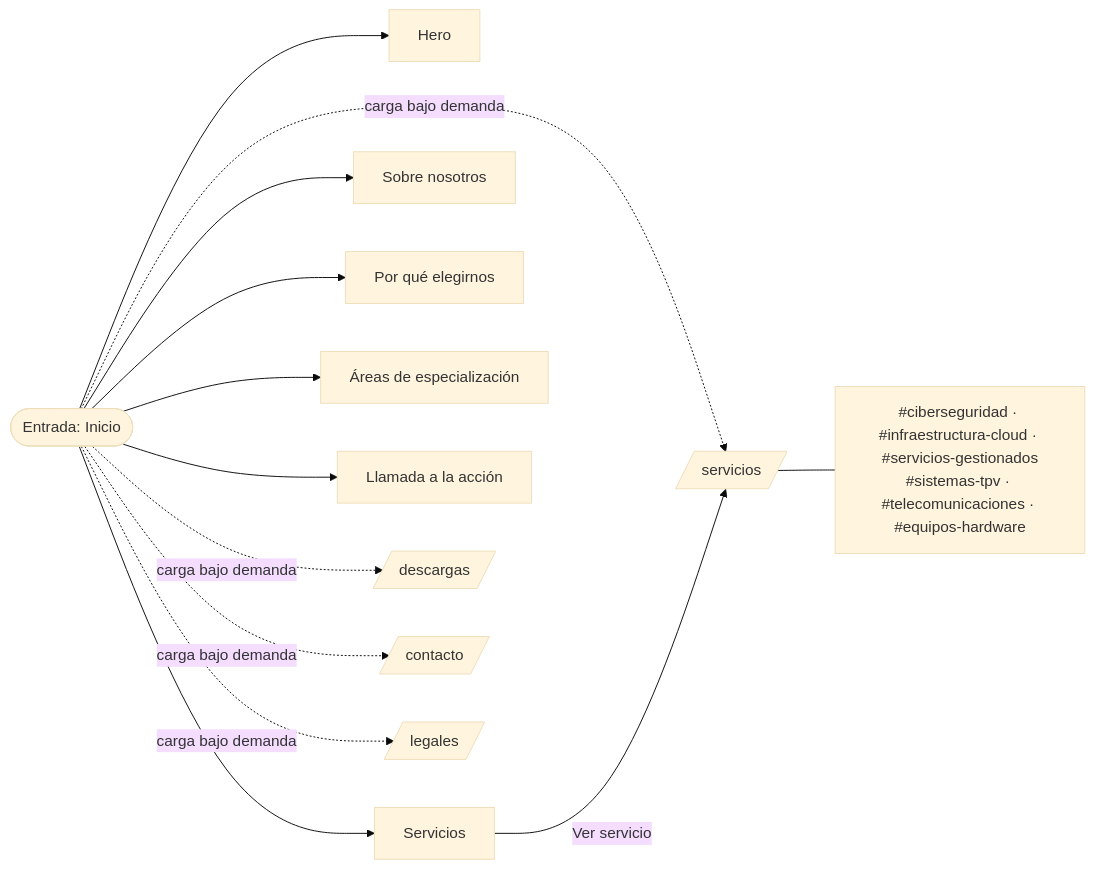
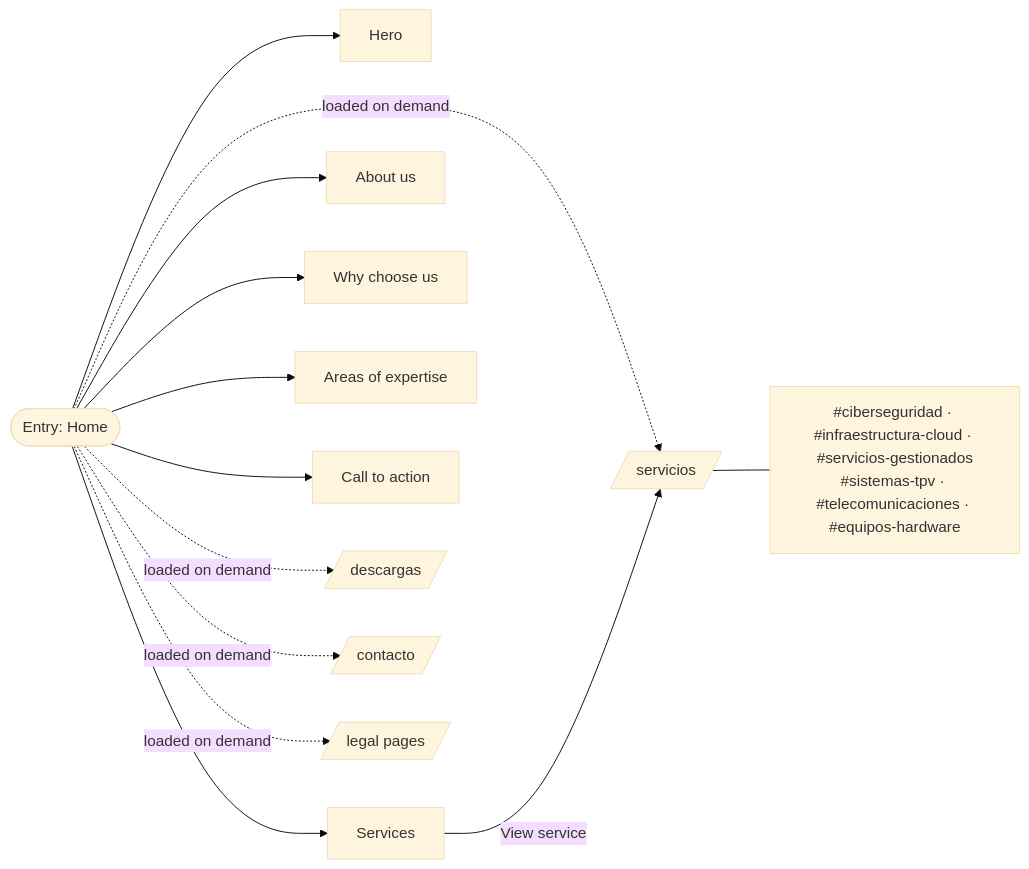
Before and after one commit to ArnauAlemanyDev/Zent: the diagram in README.md, drawn with Mermaid (base theme). The commit also changed other lines of this file, not shown here.

````diff
--- a/README.md
+++ b/README.md
@@ -95,17 +95,17 @@
 ```mermaid
 flowchart LR
-    A([Entrada: Inicio]) --> B[Hero]
-    A --> C[Servicios]
-    A --> D[Sobre nosotros]
-    A --> E[Por qué elegirnos]
-    A --> F[Áreas de especialización]
-    A --> G[Llamada a la acción]
+    A([Entry: Home]) --> B[Hero]
+    A --> C[Services]
+    A --> D[About us]
+    A --> E[Why choose us]
+    A --> F[Areas of expertise]
+    A --> G[Call to action]
 
-    A -.carga bajo demanda.-> H[/servicios/]
-    A -.carga bajo demanda.-> I[/descargas/]
-    A -.carga bajo demanda.-> J[/contacto/]
-    A -.carga bajo demanda.-> K[/legales/]
+    A -.loaded on demand.-> H[/servicios/]
+    A -.loaded on demand.-> I[/descargas/]
+    A -.loaded on demand.-> J[/contacto/]
+    A -.loaded on demand.-> K[/legal pages/]
 
-    C -- Ver servicio --> H
+    C -- View service --> H
     H --- L["#ciberseguridad · #infraestructura-cloud · #servicios-gestionados<br>#sistemas-tpv · #telecomunicaciones · #equipos-hardware"]
 ```
````
